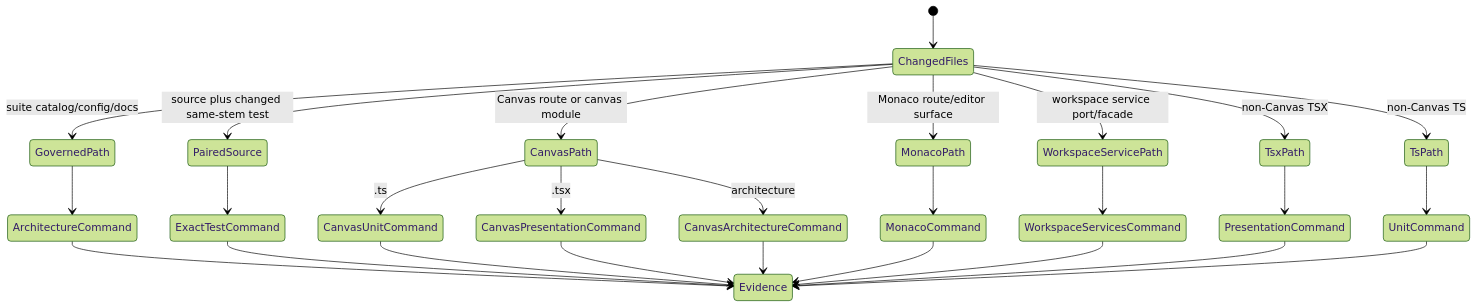
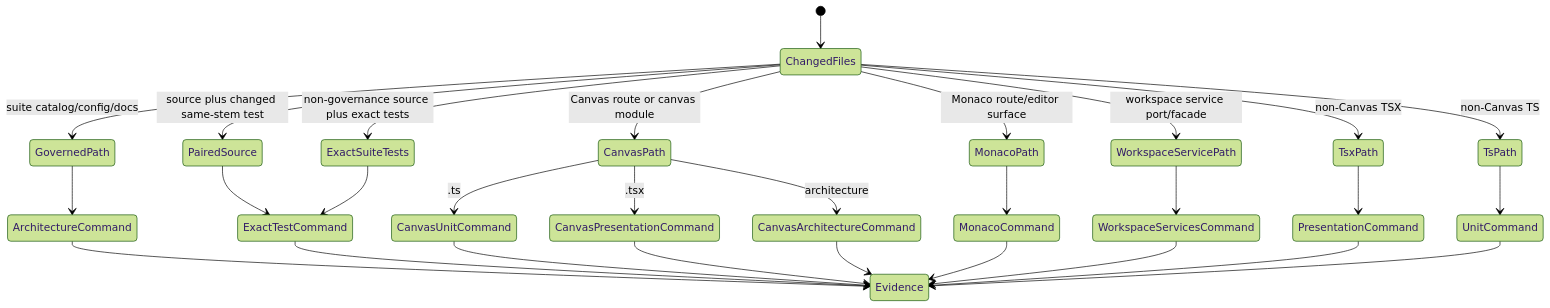
One commit to dunay2/dvt changed the first of 2 diagrams in docs/architecture/components/web/web-vitest-changed-suite-router-component.md. Above: the diagram before and after it, drawn with Mermaid (forest theme). The commit also changed other lines of this file and 2 other files, not shown here.

Commit message:
ci(web): Run exact paired web tests for changed sources

````diff
--- a/docs/architecture/components/web/web-vitest-changed-suite-router-component.md
+++ b/docs/architecture/components/web/web-vitest-changed-suite-router-component.md
@@ -67,29 +73,31 @@
 ```mermaid
 stateDiagram-v2
   [*] --> ChangedFiles
   ChangedFiles --> GovernedPath: suite catalog/config/docs
   ChangedFiles --> PairedSource: source plus changed same-stem test
+  ChangedFiles --> ExactSuiteTests: non-governance source plus exact tests
   ChangedFiles --> CanvasPath: Canvas route or canvas module
   ChangedFiles --> MonacoPath: Monaco route/editor surface
   ChangedFiles --> WorkspaceServicePath: workspace service port/facade
   ChangedFiles --> TsxPath: non-Canvas TSX
   ChangedFiles --> TsPath: non-Canvas TS
   GovernedPath --> ArchitectureCommand
   PairedSource --> ExactTestCommand
+  ExactSuiteTests --> ExactTestCommand
   CanvasPath --> CanvasUnitCommand: .ts
   CanvasPath --> CanvasPresentationCommand: .tsx
   CanvasPath --> CanvasArchitectureCommand: architecture
   MonacoPath --> MonacoCommand
   WorkspaceServicePath --> WorkspaceServicesCommand
   TsxPath --> PresentationCommand
   TsPath --> UnitCommand
   ArchitectureCommand --> Evidence
   ExactTestCommand --> Evidence
   CanvasUnitCommand --> Evidence
   CanvasPresentationCommand --> Evidence
   CanvasArchitectureCommand --> Evidence
   MonacoCommand --> Evidence
   WorkspaceServicesCommand --> Evidence
   PresentationCommand --> Evidence
   UnitCommand --> Evidence
 ```
````
